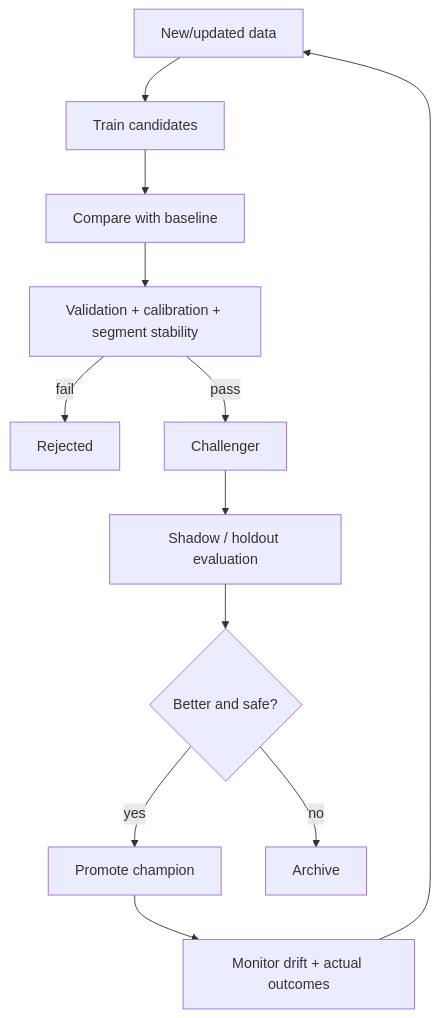
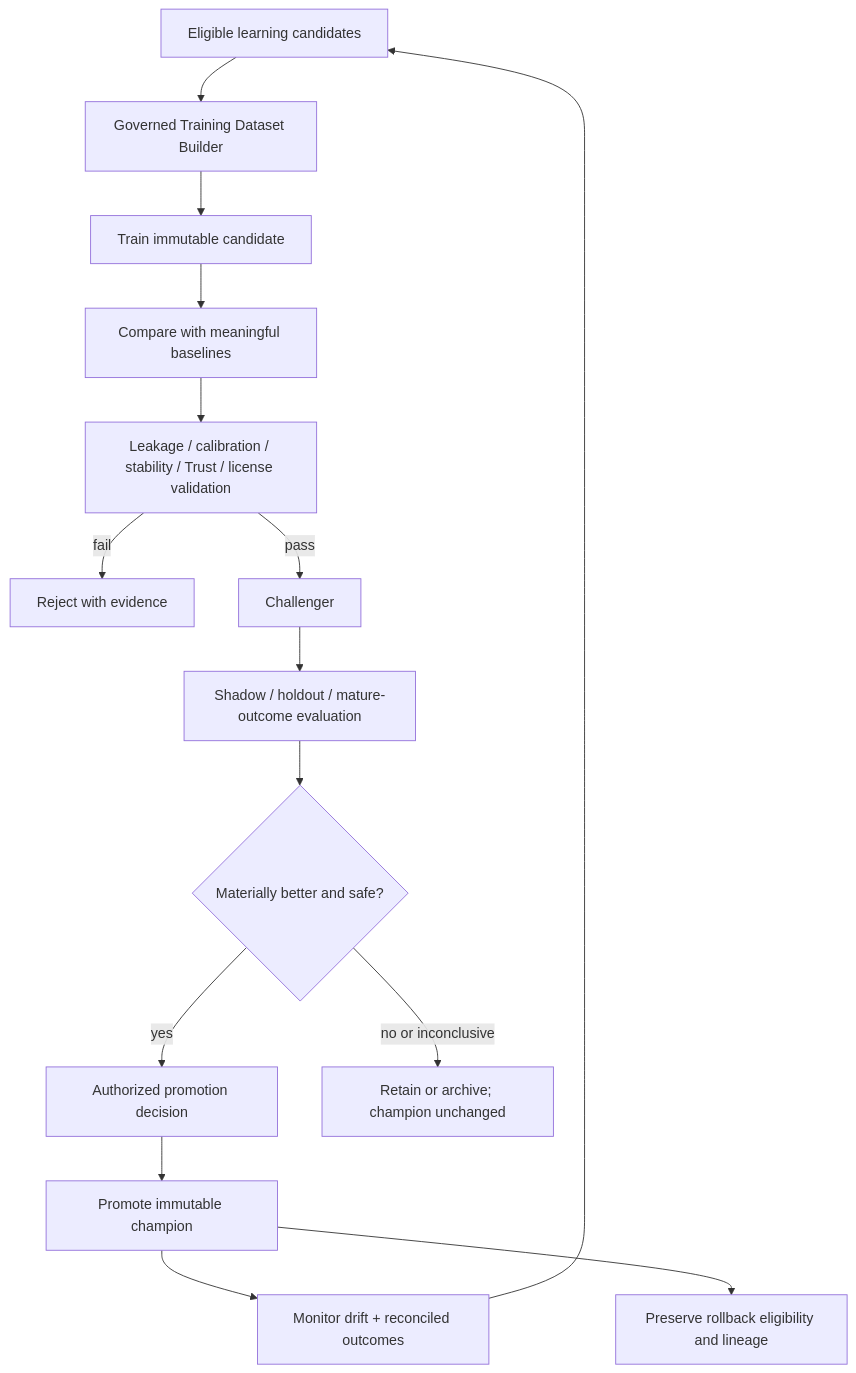
One commit to Kedar-Joshi07/IPSP changed the diagram in flows/07_MODEL_LIFECYCLE.md. Above: the diagram before and after it, drawn with Mermaid. The commit also changed 43 other files, not shown here.

````diff
--- a/flows/07_MODEL_LIFECYCLE.md
+++ b/flows/07_MODEL_LIFECYCLE.md
@@ -2,14 +2,17 @@
 ```mermaid
 flowchart TD
-  DATA[New/updated data] --> TRAIN[Train candidates]
-  TRAIN --> BASE[Compare with baseline]
-  BASE --> V[Validation + calibration + segment stability]
-  V -->|fail| REJ[Rejected]
+  EVENT[Eligible learning candidates] --> BUILD[Governed Training Dataset Builder]
+  BUILD --> TRAIN[Train immutable candidate]
+  TRAIN --> BASE[Compare with meaningful baselines]
+  BASE --> V[Leakage / calibration / stability / Trust / license validation]
+  V -->|fail| REJ[Reject with evidence]
   V -->|pass| CH[Challenger]
-  CH --> SH[Shadow / holdout evaluation]
-  SH --> BET{Better and safe?}
-  BET -- yes --> PRO[Promote champion]
-  BET -- no --> ARC[Archive]
-  PRO --> MON[Monitor drift + actual outcomes]
-  MON --> DATA
+  CH --> SH[Shadow / holdout / mature-outcome evaluation]
+  SH --> BET{Materially better and safe?}
+  BET -- yes --> DEC[Authorized promotion decision]
+  BET -- no or inconclusive --> ARC[Retain or archive; champion unchanged]
+  DEC --> PRO[Promote immutable champion]
+  PRO --> MON[Monitor drift + reconciled outcomes]
+  MON --> EVENT
+  PRO --> ROLL[Preserve rollback eligibility and lineage]
 ```
````
